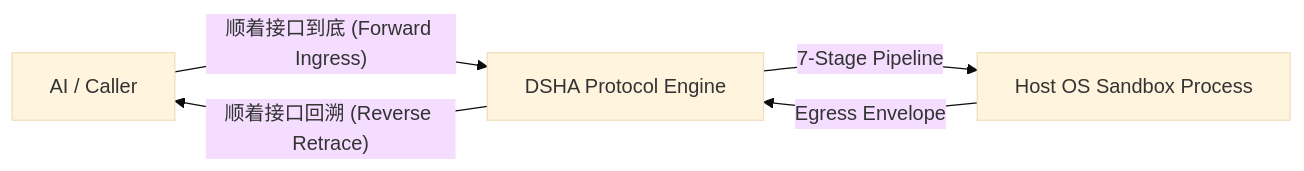
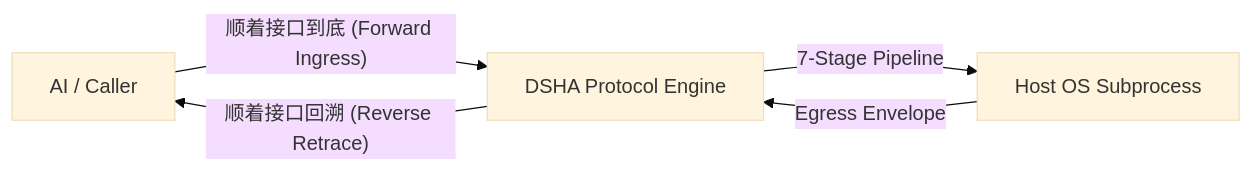
Before and after one commit to yanyu03/DSHA-Anty: the first of 2 diagrams in DSHA_OPEN_PROTOCOL_SPEC.md, drawn with Mermaid (base theme). The commit also changed other lines of this file, not shown here.

Commit message:
docs(KDI-01): clarify Stage 6 subprocess isolation boundary

````diff
--- a/DSHA_OPEN_PROTOCOL_SPEC.md
+++ b/DSHA_OPEN_PROTOCOL_SPEC.md
@@ -25,7 +25,7 @@
 ```mermaid
 flowchart LR
     A["AI / Caller"] -->|"顺着接口到底 (Forward Ingress)"| B["DSHA Protocol Engine"]
-    B -->|"7-Stage Pipeline"| C["Host OS Sandbox Process"]
+    B -->|"7-Stage Pipeline"| C["Host OS Subprocess"]
     C -->|"Egress Envelope"| B
     B -->|"顺着接口回溯 (Reverse Retrace)"| A
 ```
````
